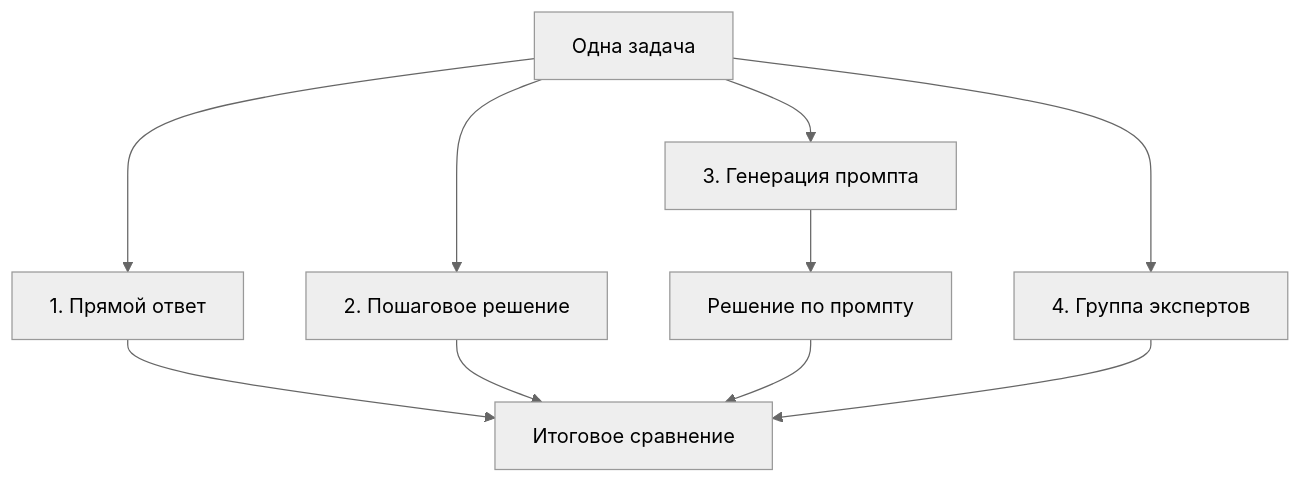
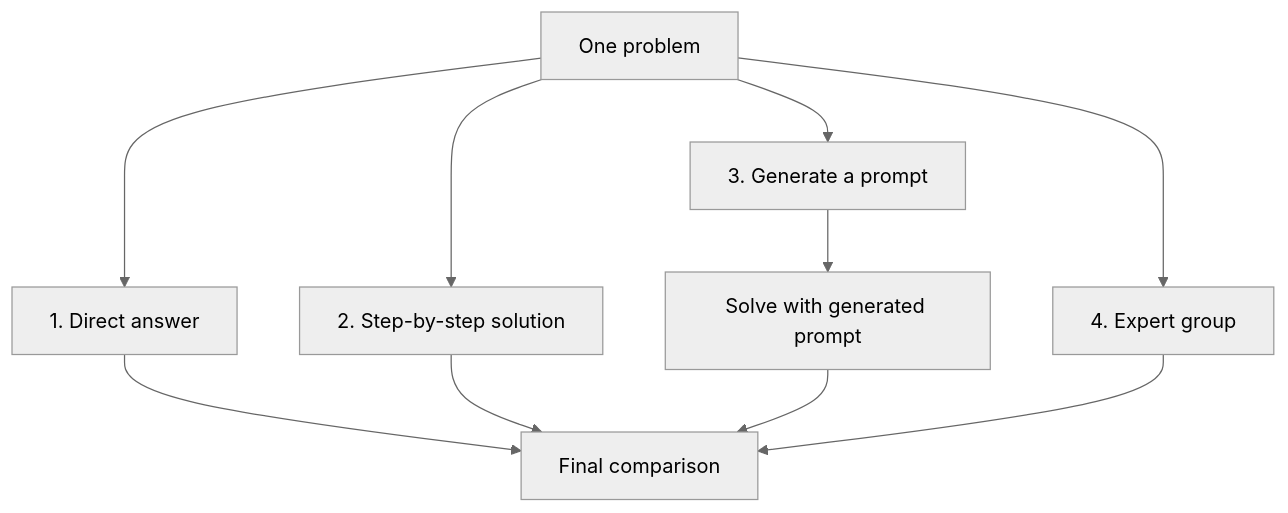
Before and after one commit to Ly41k/ai-advent-llm-api: the diagram in day-03-reasoning-methods/README.md, drawn with Mermaid (neutral theme). The commit also changed other lines of this file and 11 other files, not shown here.

````diff
--- a/day-03-reasoning-methods/README.md
+++ b/day-03-reasoning-methods/README.md
@@ -35,12 +37,12 @@
 ```mermaid
 flowchart TD
-    T["Одна задача"] --> D["1. Прямой ответ"]
-    T --> S["2. Пошаговое решение"]
-    T --> P["3. Генерация промпта"]
-    P --> R["Решение по промпту"]
-    T --> E["4. Группа экспертов"]
-    D --> C["Итоговое сравнение"]
+    T["One problem"] --> D["1. Direct answer"]
+    T --> S["2. Step-by-step solution"]
+    T --> P["3. Generate a prompt"]
+    P --> R["Solve with generated prompt"]
+    T --> E["4. Expert group"]
+    D --> C["Final comparison"]
     S --> C
     R --> C
     E --> C
 ```
````
